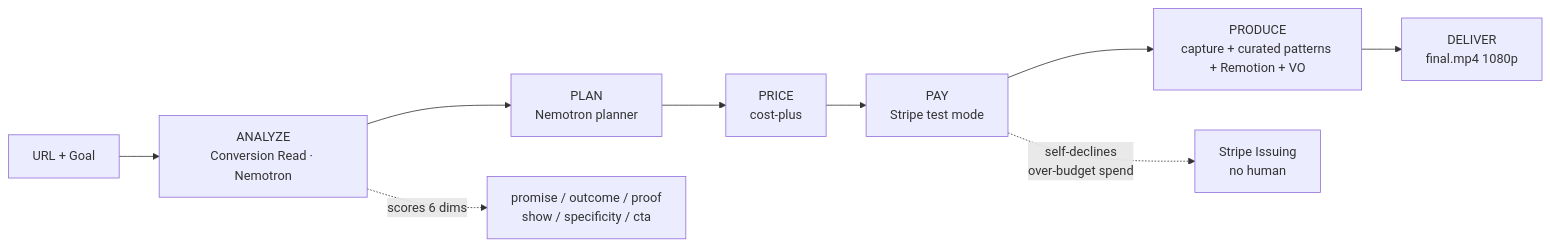
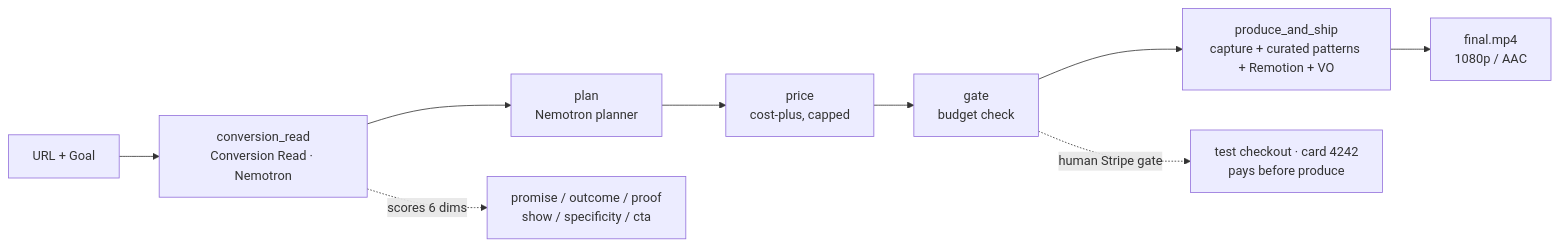
Before and after one commit to denniswanglabs/filmo: the first of 2 diagrams in README.md, drawn with Mermaid. The commit also changed other lines of this file, not shown here.

````diff
--- a/README.md
+++ b/README.md
@@ -42,12 +42,12 @@
 ```mermaid
 flowchart LR
-    A[URL + Goal] --> B[ANALYZE<br/>Conversion Read · Nemotron]
-    B --> C[PLAN<br/>Nemotron planner]
-    C --> D[PRICE<br/>cost-plus]
-    D --> E[PAY<br/>Stripe test mode]
-    E --> F[PRODUCE<br/>capture + curated patterns + Remotion + VO]
-    F --> G[DELIVER<br/>final.mp4 1080p]
+    A[URL + Goal] --> B[conversion_read<br/>Conversion Read · Nemotron]
+    B --> C[plan<br/>Nemotron planner]
+    C --> D[price<br/>cost-plus, capped]
+    D --> E[gate<br/>budget check]
+    E --> F[produce_and_ship<br/>capture + curated patterns + Remotion + VO]
+    F --> G[final.mp4<br/>1080p / AAC]
 
     B -. scores 6 dims .-> B1[promise / outcome / proof<br/>show / specificity / cta]
-    E -. self-declines<br/>over-budget spend .-> E1[Stripe Issuing<br/>no human]
+    E -. human Stripe gate .-> E1[test checkout · card 4242<br/>pays before produce]
 ```
````
